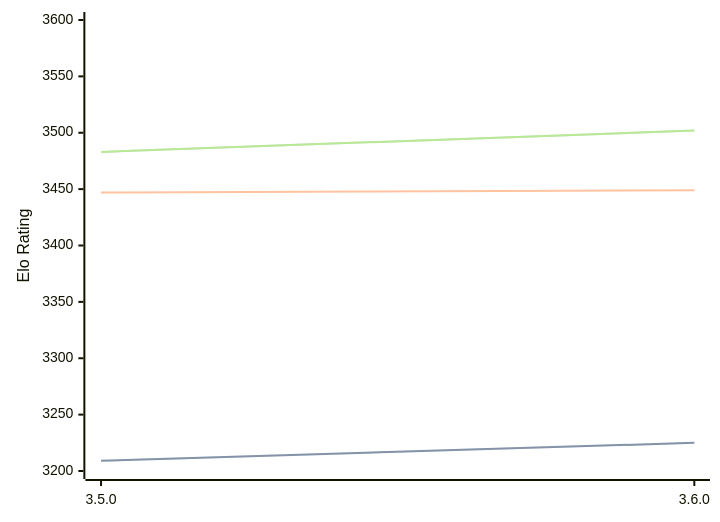
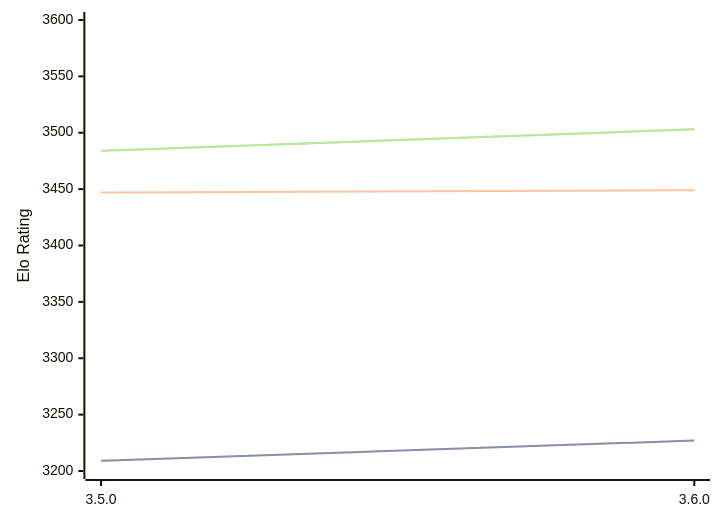
Before and after one commit to computer-chess-index/cci: the diagram in engines/Igel.md, drawn with Mermaid. The commit also changed other lines of this file, not shown here.

Commit message:
Update CCI Ratings (ELO VLTC) - 2026-05-03

````diff
--- a/engines/Igel.md
+++ b/engines/Igel.md
@@ -68,11 +68,11 @@
 ```mermaid
 %%{init: {"theme":"base","themeVariables":{"seriesColors:['#a3a3a3','#222221','#faa371']}}}%%
 xychart-beta
   x-axis ["3.5.0", "3.6.0"]
   y-axis "Elo Rating" 3200 --> 3600
-  line "STC (8.0+0.08s)" [3209, 3225]
-  line "STC (8.0+0.08s)" [3209, 3225]
+  line "STC (8.0+0.08s)" [3209, 3227]
+  line "STC (8.0+0.08s)" [3209, 3227]
   line "LTC (60.0+0.60s)" [3447, 3449]
-  line "VLTC (2m24s+1.12s)" [3483, 3502]
-  line "VLTC (2m24s+1.12s)" [3483, 3502]
+  line "VLTC (2m24s+1.12s)" [3484, 3503]
+  line "VLTC (2m24s+1.12s)" [3484, 3503]
 ```
````
